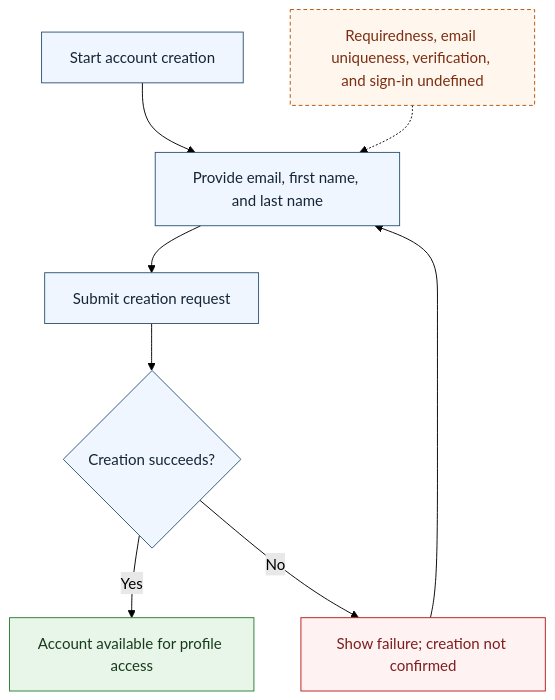
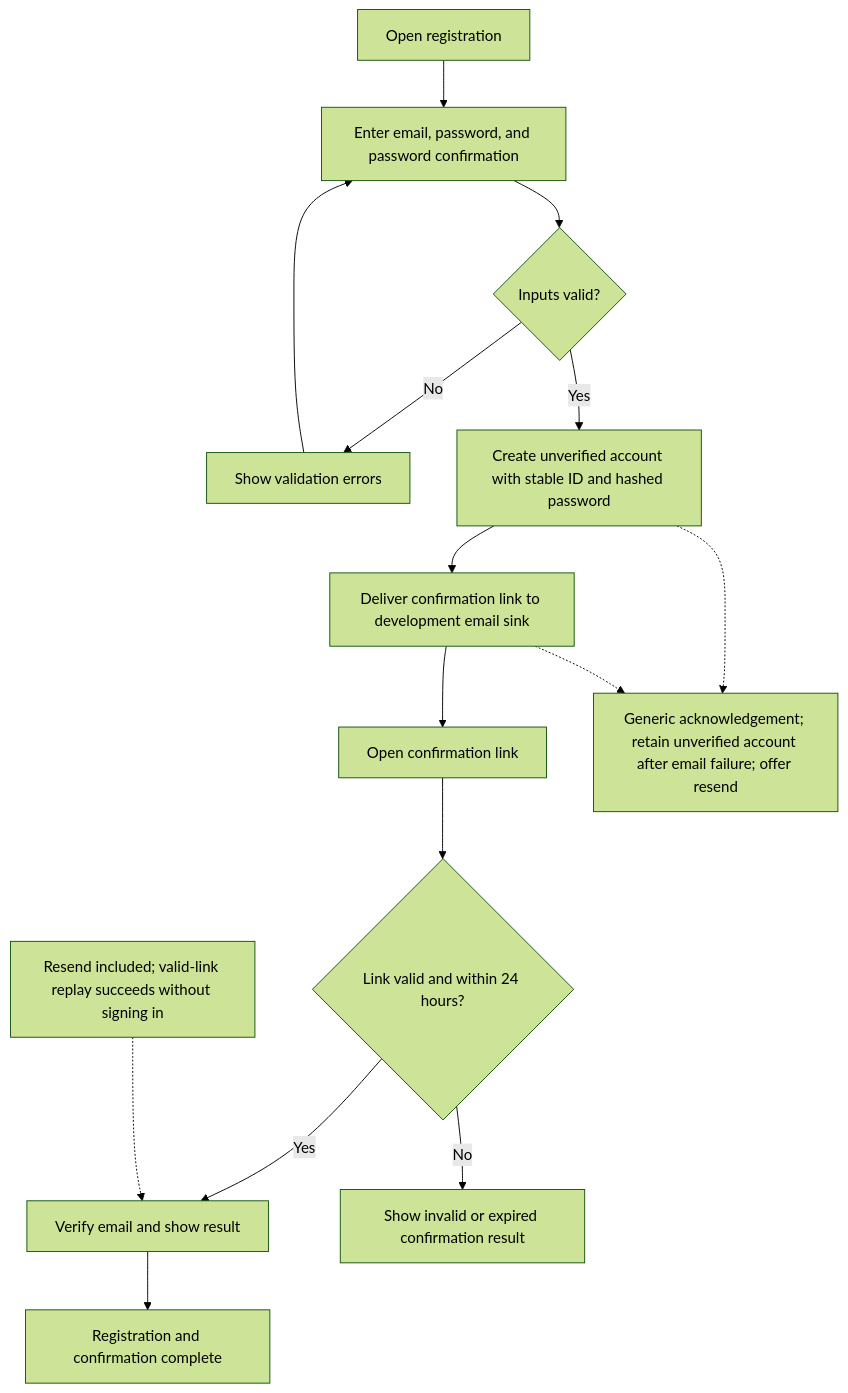
The diagram in docs/v1.0/use_cases/UC-001_create-a-user-account/flow.md (juliantiu/personal-finance), drawn with Mermaid (forest theme) before and after one commit. The commit also changed other lines of this file and 30 other files, not shown here.

Commit message:
implemented user registration, email confirmation, and sign-in without database

````diff
--- a/docs/v1.0/use_cases/UC-001_create-a-user-account/flow.md
+++ b/docs/v1.0/use_cases/UC-001_create-a-user-account/flow.md
@@ -9,17 +7,17 @@
 ```mermaid
 graph TD
-    A["Start account creation"] --> B["Provide email, first name, and last name"]
-    B --> C["Submit creation request"]
-    C --> D{"Creation succeeds?"}
-    D -->|Yes| DONE["Account available for profile access"]
-    D -->|No| FAIL["Show failure; creation not confirmed"]
-    FAIL --> B
-    NOTE["Requiredness, email uniqueness, verification, and sign-in undefined"] -.-> B
-    classDef default fill:#eff6ff,stroke:#31567a,color:#152536;
-    classDef outcome fill:#e8f5e9,stroke:#2e7d32,color:#173c1b;
-    classDef failure fill:#fef2f2,stroke:#b91c1c,color:#7f1d1d;
-    classDef assumption fill:#fff7ed,stroke:#b45309,color:#7c2d12,stroke-dasharray:4 3;
-    class DONE outcome;
-    class FAIL failure;
-    class NOTE assumption;
+    A["Open registration"] --> B["Enter email, password, and password confirmation"]
+    B --> C{"Inputs valid?"}
+    C -->|No| ERR["Show validation errors"]
+    ERR --> B
+    C -->|Yes| D["Create unverified account with stable ID and hashed password"]
+    D --> E["Deliver confirmation link to development email sink"]
+    E --> F["Open confirmation link"]
+    F --> G{"Link valid and within 24 hours?"}
+    G -->|Yes| H["Verify email and show result"]
+    G -->|No| I["Show invalid or expired confirmation result"]
+    D -.-> J["Generic acknowledgement; retain unverified account after email failure; offer resend"]
+    E -.-> J
+    H --> K["Registration and confirmation complete"]
+    NOTE["Resend included; valid-link replay succeeds without signing in"] -.-> H
 ```
````
